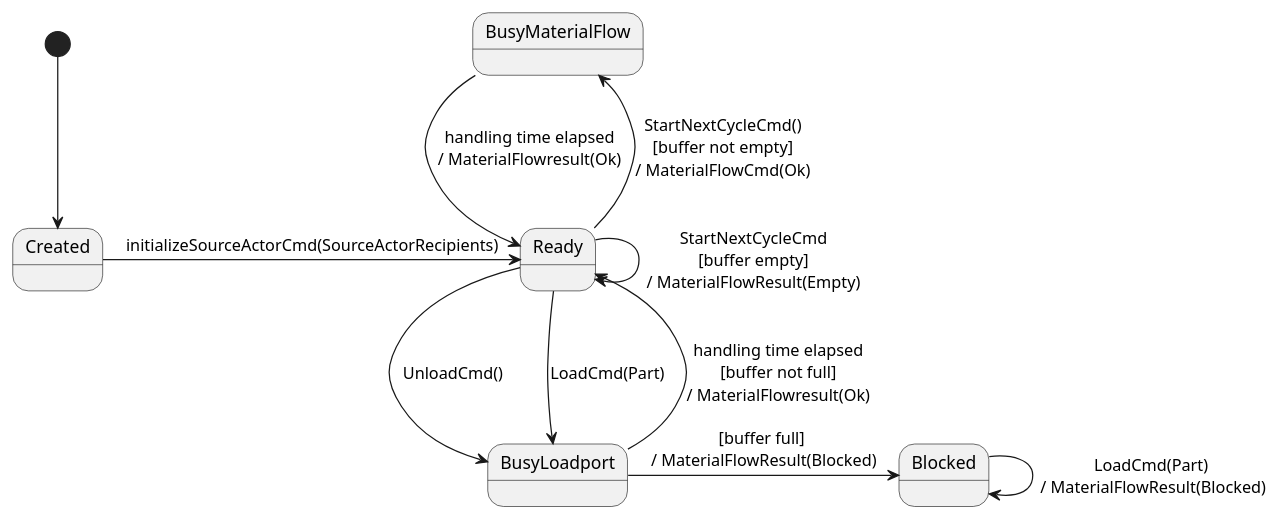
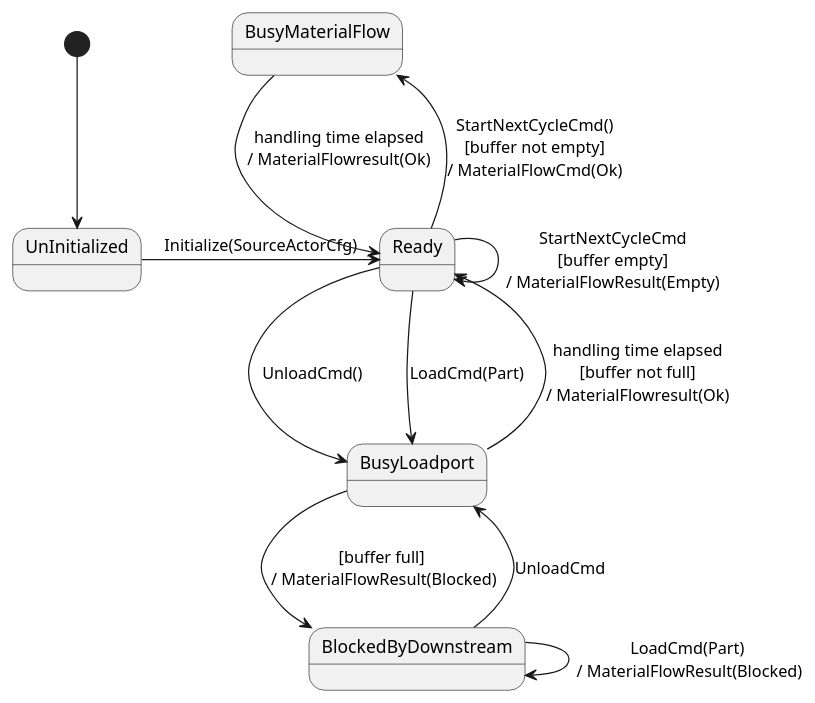
One commit to onouv/mes-tool-mock-cli changed the diagram in doc/inport.stat.puml. Above: the diagram before and after it, drawn with PlantUML. The commit also changed 6 other files, not shown here.

```diff
--- a/doc/inport.stat.puml
+++ b/doc/inport.stat.puml
@@ -1,13 +1,15 @@
 @startuml
-[*] -down-> Created
-Created -> Ready: initializeSourceActorCmd(SourceActorRecipients)
+[*] -down-> UnInitialized
+UnInitialized -> Ready: Initialize(SourceActorCfg)
 Ready -down-> BusyLoadport: LoadCmd(Part)
 Ready -> BusyLoadport: UnloadCmd()
 Ready -> Ready: StartNextCycleCmd\n[buffer empty]\n/ MaterialFlowResult(Empty)
 BusyLoadport -> Ready: handling time elapsed\n[buffer not full]\n/ MaterialFlowresult(Ok)
-BusyLoadport -> Blocked: [buffer full] \n/ MaterialFlowResult(Blocked)
-Blocked -> Blocked: LoadCmd(Part) \n/ MaterialFlowResult(Blocked)
+BusyLoadport -down-> BlockedByDownstream: [buffer full] \n/ MaterialFlowResult(Blocked)
+BlockedByDownstream -> BlockedByDownstream: LoadCmd(Part) \n/ MaterialFlowResult(Blocked)
+BlockedByDownstream -> BusyLoadport: UnloadCmd
+
 Ready -up-> BusyMaterialFlow: StartNextCycleCmd()\n[buffer not empty]\n/ MaterialFlowCmd(Ok)
 BusyMaterialFlow -> Ready: handling time elapsed\n/ MaterialFlowresult(Ok)
 
 @enduml
```
